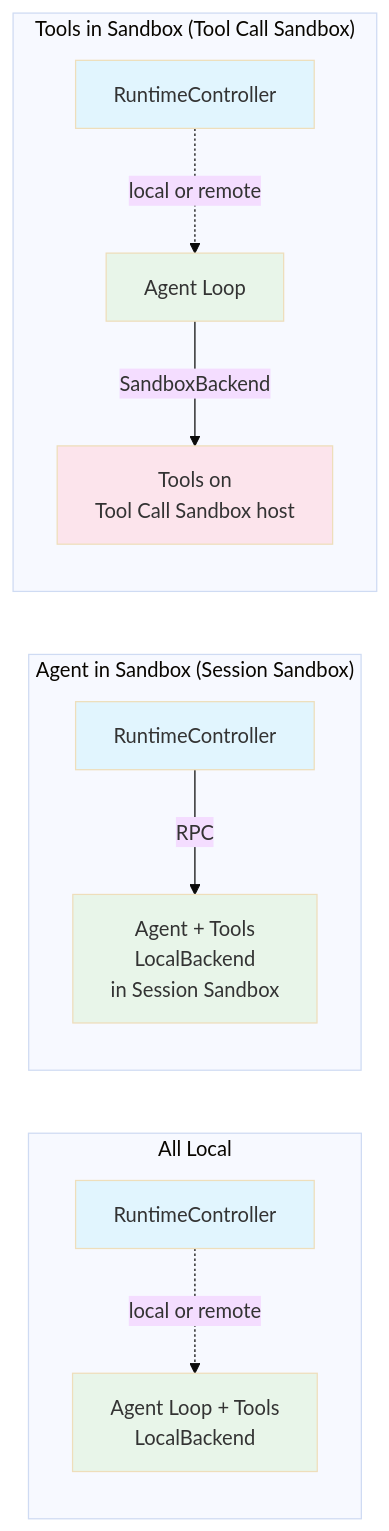
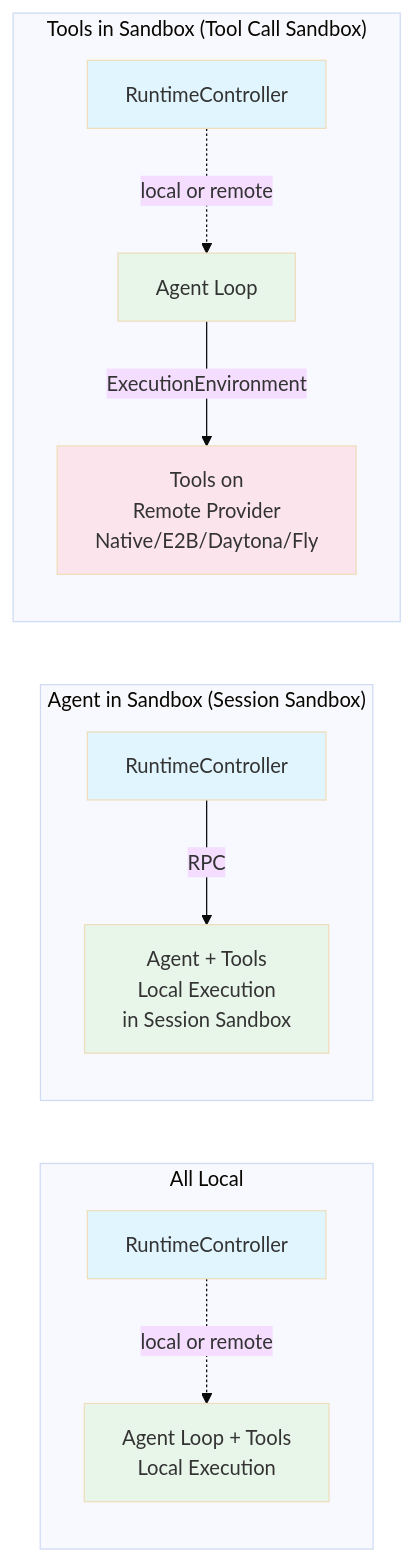
One commit to dcosson/flex-agent-runtime changed the first of 11 diagrams in docs/plans/00-architecture.md. Above: the diagram before and after it, drawn with Mermaid (base theme). The commit also changed other lines of this file and 1 other file, not shown here.

First line of the commit message:
docs: update architecture + implementation guide for ExecutionEnvironment terminology

````diff
--- a/docs/plans/00-architecture.md
+++ b/docs/plans/00-architecture.md
@@ -87,22 +90,22 @@
 ```mermaid
 graph LR
     subgraph "All Local"
-        RC1[RuntimeController] -.->|local or remote| M1[Agent Loop + Tools<br/>LocalBackend]
+        RC1[RuntimeController] -.->|local or remote| M1[Agent Loop + Tools<br/>Local Execution]
     end
 
     subgraph "Agent in Sandbox (Session Sandbox)"
-        RC2[RuntimeController] -->|RPC| M2A[Agent + Tools<br/>LocalBackend<br/>in Session Sandbox]
+        RC2[RuntimeController] -->|RPC| M2A[Agent + Tools<br/>Local Execution<br/>in Session Sandbox]
     end
 
     subgraph "Tools in Sandbox (Tool Call Sandbox)"
-        RC3[RuntimeController] -.->|local or remote| M3A[Agent Loop] -->|SandboxBackend| M3B[Tools on<br/>Tool Call Sandbox host]
+        RC3[RuntimeController] -.->|local or remote| M3A[Agent Loop] -->|ExecutionEnvironment| M3B[Tools on<br/>Remote Provider<br/>Native/E2B/Daytona/Fly]
     end
 
     style M1 fill:#e8f5e9
     style M2A fill:#e8f5e9
     style M3A fill:#e8f5e9
     style M3B fill:#fce4ec
     style RC1 fill:#e1f5fe
     style RC2 fill:#e1f5fe
     style RC3 fill:#e1f5fe
 ```
````
